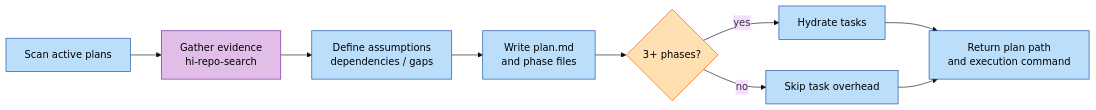
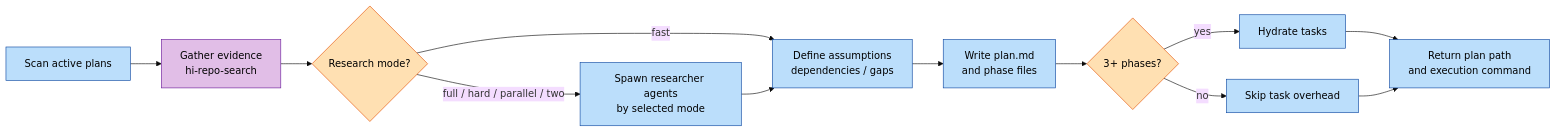
Before and after one commit to baka3k/dev-kit: the fourth of 5 diagrams in README.md, drawn with Mermaid (base theme). The commit also changed other lines of this file, not shown here.

````diff
--- a/README.md
+++ b/README.md
@@ -361,18 +407,23 @@
 ```mermaid
 graph LR
     A["Scan active plans"] --> B["Gather evidence<br/>hi-repo-search"]
-    B --> C["Define assumptions<br/>dependencies / gaps"]
+    B --> R{"Research mode?"}
+    R -->|fast| C["Define assumptions<br/>dependencies / gaps"]
+    R -->|full / hard / parallel / two| S["Spawn researcher agents<br/>by selected mode"]
+    S --> C
     C --> D["Write plan.md<br/>and phase files"]
     D --> E{"3+ phases?"}
     E -->|yes| F["Hydrate tasks"]
     E -->|no| G["Skip task overhead"]
     F --> H["Return plan path<br/>and execution command"]
     G --> H
 
     classDef step fill:#bbdefb,stroke:#0d47a1,color:#000
     classDef evidence fill:#e1bee7,stroke:#6a1b9a,color:#000
+    classDef delegated fill:#bbdefb,stroke:#0d47a1,color:#000
     classDef gate fill:#ffe0b2,stroke:#e65100,color:#000
     class A,C,D,F,G,H step
     class B evidence
-    class E gate
+    class S delegated
+    class R,E gate
 ```
````
